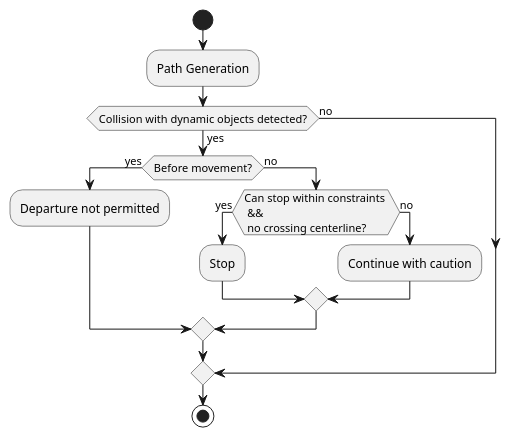
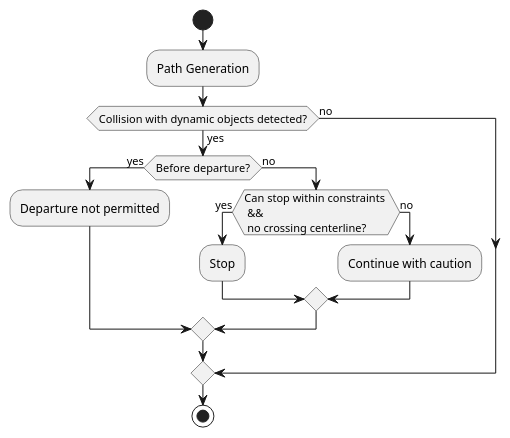
One commit to autowarefoundation/autoware.universe changed the second of 3 diagrams in planning/behavior_path_start_planner_module/README.md. Above: the diagram before and after it, drawn with PlantUML. The commit also changed other lines of this file, not shown here.

````diff
--- a/planning/behavior_path_start_planner_module/README.md
+++ b/planning/behavior_path_start_planner_module/README.md
@@ -183,21 +188,21 @@
 ```plantuml
 @startuml
 start
 :Path Generation;
 
 if (Collision with dynamic objects detected?) then (yes)
-  if (Before movement?) then (yes)
+  if (Before departure?) then (yes)
     :Departure not permitted;
   else (no)
     if (Can stop within constraints \n && \n no crossing centerline?) then (yes)
       :Stop;
     else (no)
       :Continue with caution;
     endif
   endif
 else (no)
 endif
 
 stop
 @enduml
 ```
````
